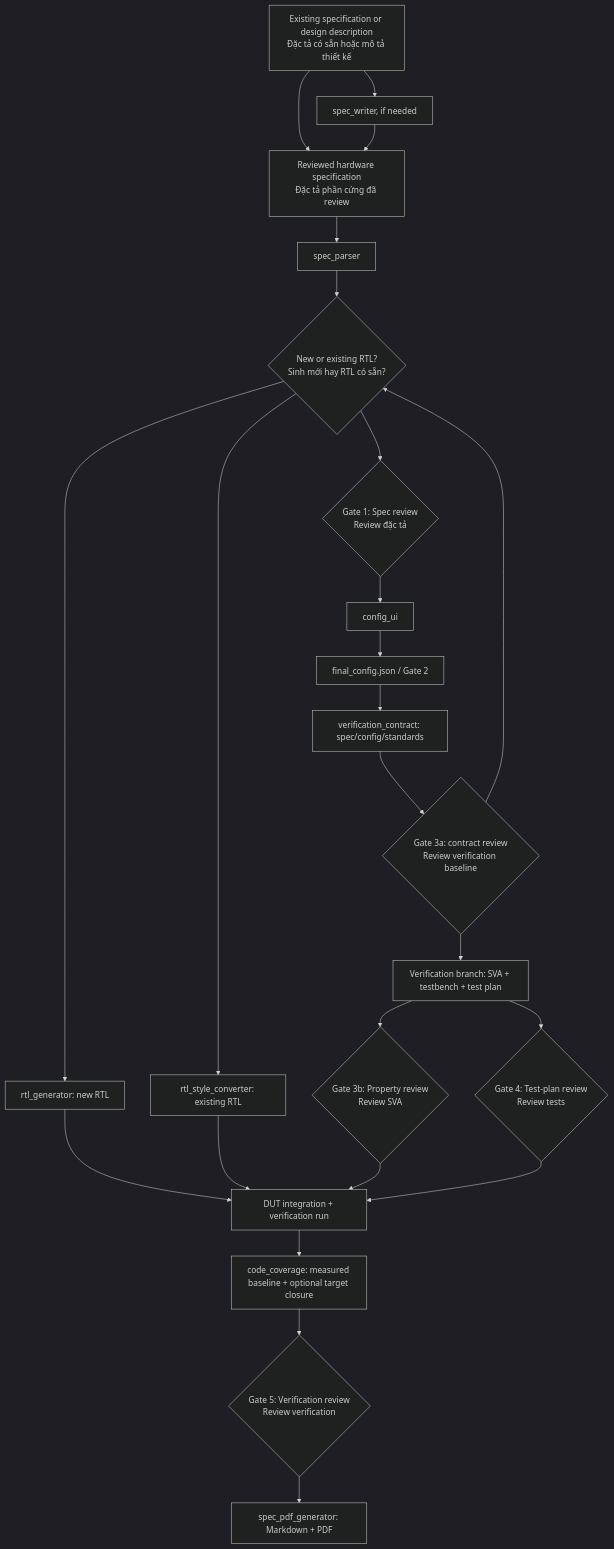
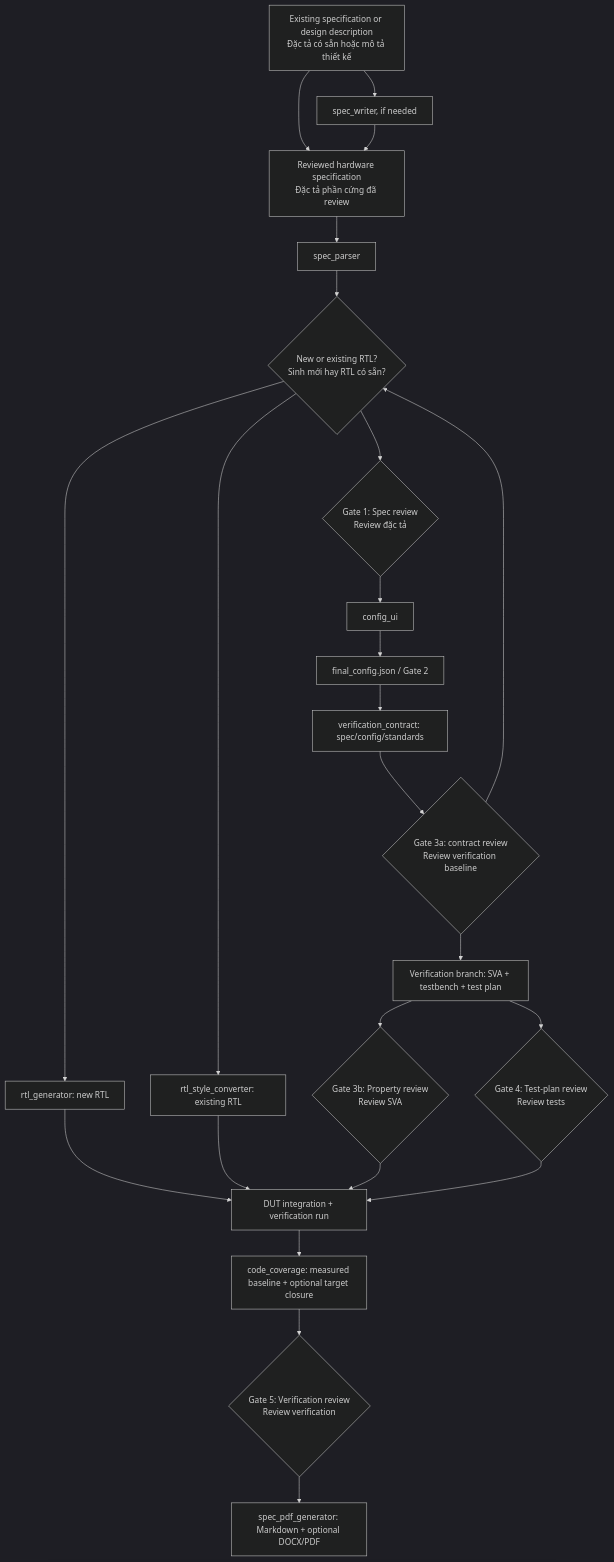
The diagram in README.md (nguyenquanicd/VLSIT_RTL_Generator_AI_Flow), drawn with Mermaid (dark theme) before and after one commit. The commit also changed other lines of this file and 359 other files, not shown here.

```diff
--- a/README.md
+++ b/README.md
@@ -55,26 +55,26 @@
 ~~~mermaid
 flowchart TD
     U["Existing specification or design description<br/>Đặc tả có sẵn hoặc mô tả thiết kế"] --> S["Reviewed hardware specification<br/>Đặc tả phần cứng đã review"]
     U --> W["spec_writer, if needed"]
     W --> S
     S --> P[spec_parser]
     P --> R[structured_spec.json]
     R --> G1{"Gate 1: Spec review<br/>Review đặc tả"}
     G1 --> C[config_ui]
     C --> F["final_config.json / Gate 2"]
     F --> VC["verification_contract: spec/config/standards"]
     VC --> G3A{"Gate 3a: contract review<br/>Review verification baseline"}
     G3A --> R{"New or existing RTL?<br/>Sinh mới hay RTL có sẵn?"}
     R --> RTL["rtl_generator: new RTL"]
     R --> SC["rtl_style_converter: existing RTL"]
     G3A --> A["Verification branch: SVA + testbench + test plan"]
     A --> G3B{"Gate 3b: Property review<br/>Review SVA"}
     A --> G4{"Gate 4: Test-plan review<br/>Review tests"}
     RTL --> V["DUT integration + verification run"]
     SC --> V
     G3B --> V
     G4 --> V
     V --> CC["code_coverage: measured baseline + optional target closure"]
     CC --> G5{"Gate 5: Verification review<br/>Review verification"}
-    G5 --> D["spec_pdf_generator: Markdown + PDF"]
+    G5 --> D["spec_pdf_generator: Markdown + optional DOCX/PDF"]
 ~~~
```
